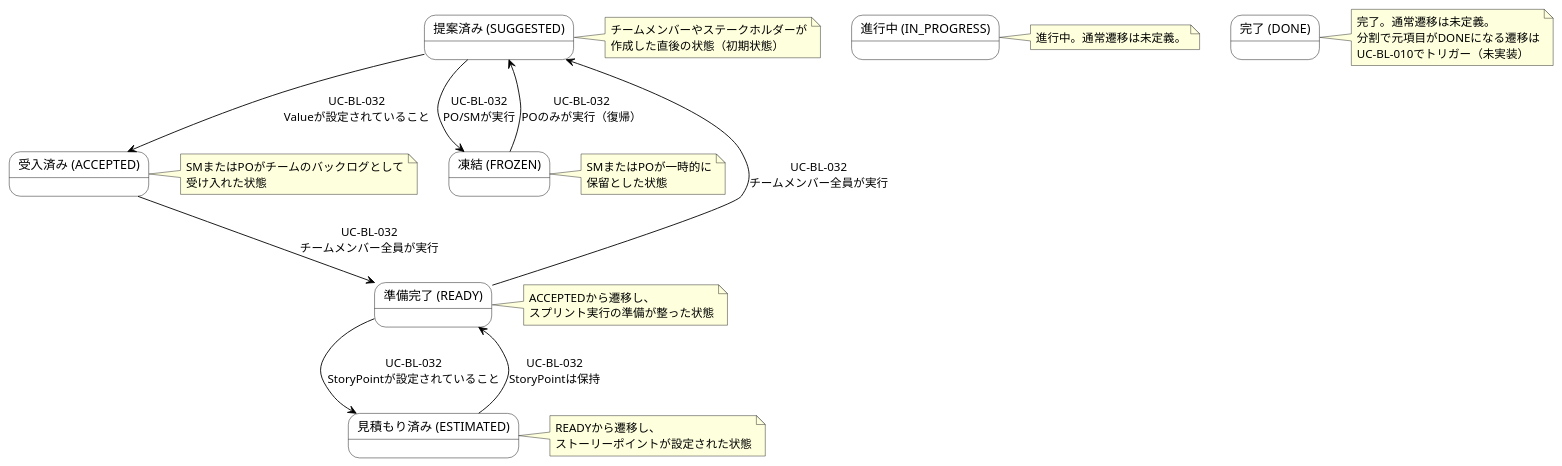
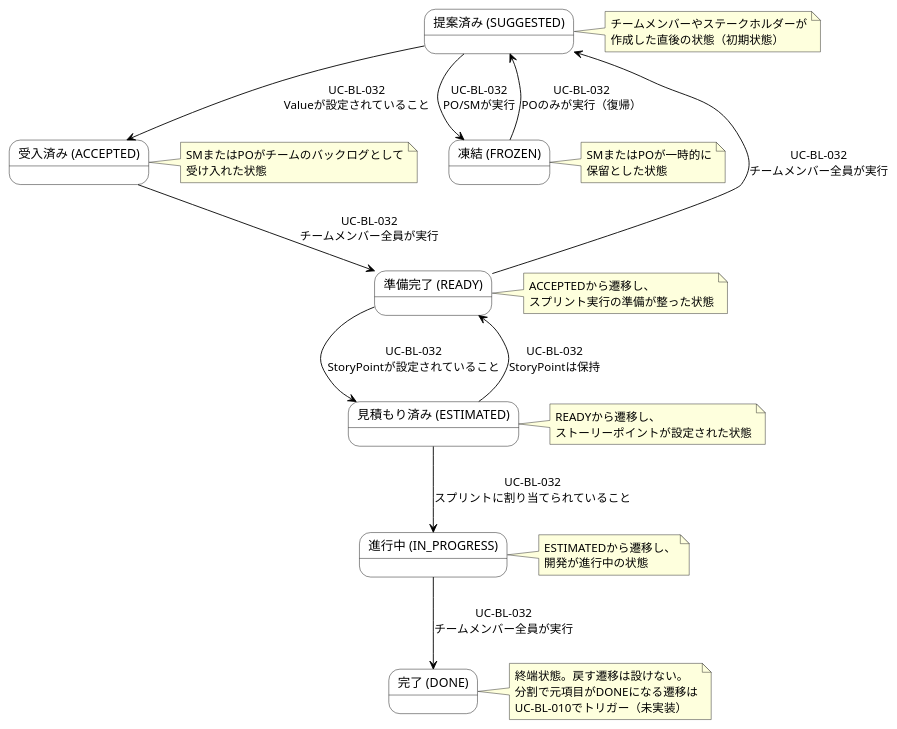
Before and after one commit to mizo432/modulith-learning: the diagram in docs/22 要件定義書/AG アジルーム/03 機能要件/AG-02 要求バックログ管理/04.システム/02.ステート/ステートマシン図_バックログ項目.md, drawn with PlantUML. The commit also changed other lines of this file and 9 other files, not shown here.

Commit message:
docs: #717 IN_PROGRESS／DONE への遷移を定義する

````diff
--- a/docs/22 要件定義書/AG アジルーム/03 機能要件/AG-02 要求バックログ管理/04.システム/02.ステート/ステートマシン図_バックログ項目.md
+++ b/docs/22 要件定義書/AG アジルーム/03 機能要件/AG-02 要求バックログ管理/04.システム/02.ステート/ステートマシン図_バックログ項目.md
@@ -7,60 +7,63 @@
 ```plantuml
 @startuml
 skinparam state {
   BackgroundColor White
   BorderColor Black
   ArrowColor Black
 }
 
 state "提案済み (SUGGESTED)" as SUGGESTED
 state "受入済み (ACCEPTED)" as ACCEPTED
 state "凍結 (FROZEN)" as FROZEN
 state "準備完了 (READY)" as READY
 state "見積もり済み (ESTIMATED)" as ESTIMATED
 state "進行中 (IN_PROGRESS)" as IN_PROGRESS
 state "完了 (DONE)" as DONE
 
 SUGGESTED --> ACCEPTED : UC-BL-032\nValueが設定されていること
 SUGGESTED --> FROZEN : UC-BL-032\nPO/SMが実行
 FROZEN --> SUGGESTED : UC-BL-032\nPOのみが実行（復帰）
 ACCEPTED --> READY : UC-BL-032\nチームメンバー全員が実行
 READY --> SUGGESTED : UC-BL-032\nチームメンバー全員が実行
 READY --> ESTIMATED : UC-BL-032\nStoryPointが設定されていること
 ESTIMATED --> READY : UC-BL-032\nStoryPointは保持
+ESTIMATED --> IN_PROGRESS : UC-BL-032\nスプリントに割り当てられていること
+IN_PROGRESS --> DONE : UC-BL-032\nチームメンバー全員が実行
 
 note right of SUGGESTED
   チームメンバーやステークホルダーが
   作成した直後の状態（初期状態）
 end note
 
 note right of ACCEPTED
   SMまたはPOがチームのバックログとして
   受け入れた状態
 end note
 
 note right of FROZEN
   SMまたはPOが一時的に
   保留とした状態
 end note
 
 note right of READY
   ACCEPTEDから遷移し、
   スプリント実行の準備が整った状態
 end note
 
 note right of ESTIMATED
   READYから遷移し、
   ストーリーポイントが設定された状態
 end note
 
 note right of IN_PROGRESS
-  進行中。通常遷移は未定義。
+  ESTIMATEDから遷移し、
+  開発が進行中の状態
 end note
 
 note right of DONE
-  完了。通常遷移は未定義。
+  終端状態。戻す遷移は設けない。
   分割で元項目がDONEになる遷移は
   UC-BL-010でトリガー（未実装）
 end note
 @enduml
 ```
````
